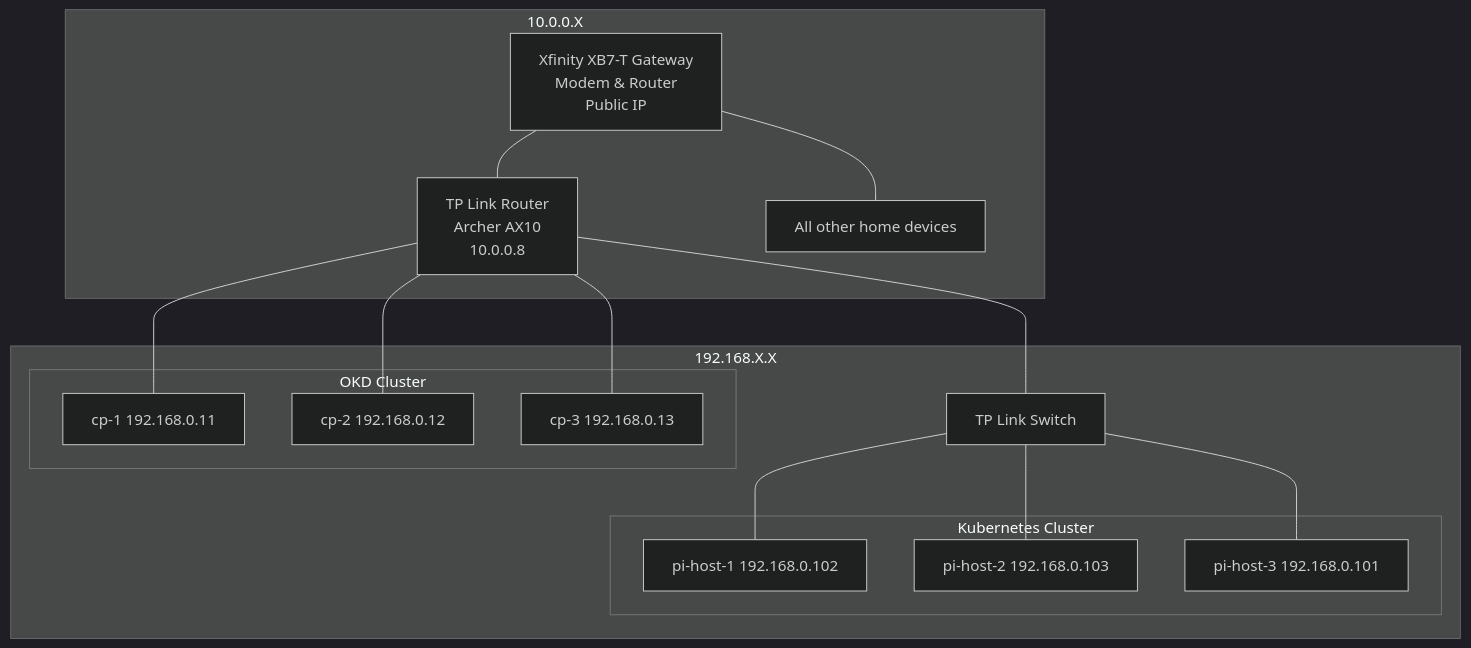
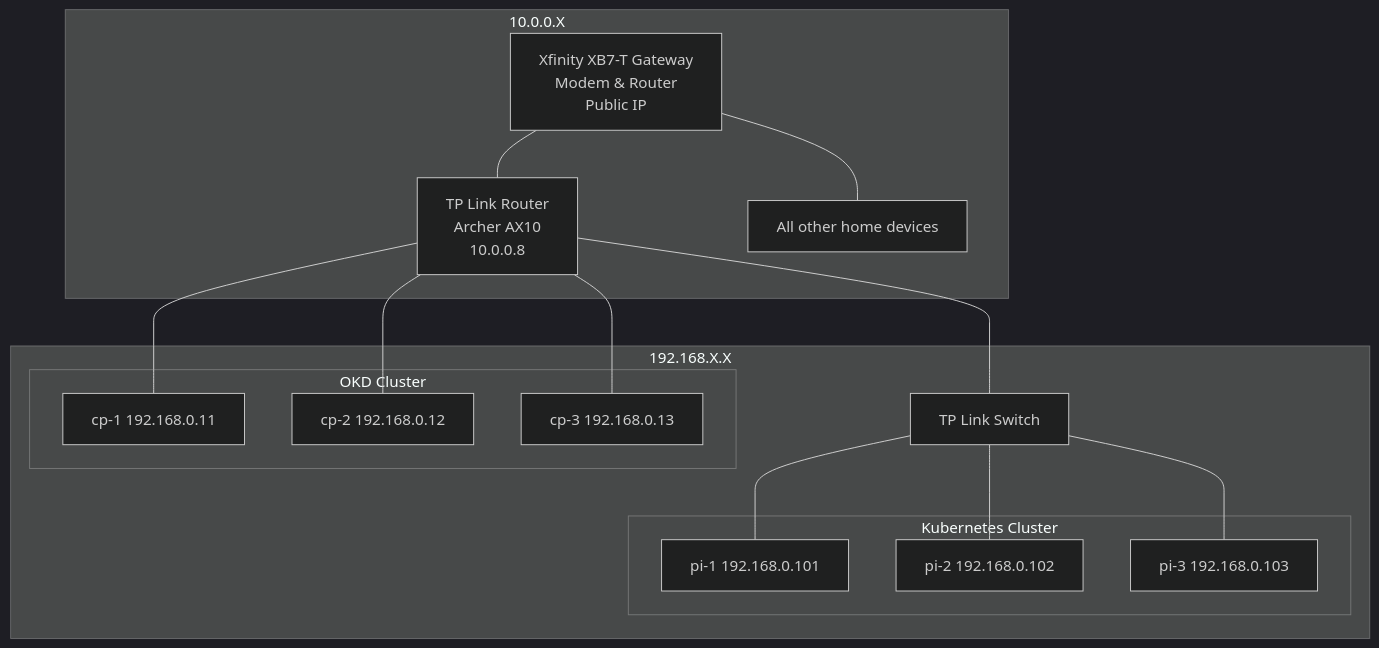
Before and after one commit to jennweir/HomeLab: the diagram in README.md, drawn with Mermaid (dark theme). The commit also changed 8 other files, not shown here.

````diff
--- a/README.md
+++ b/README.md
@@ -3,30 +3,30 @@
 ```mermaid
 graph TD
 subgraph 10.0.0.X
 A[Xfinity XB7-T Gateway<br/>Modem & Router<br/>Public IP]
 A --- B
 A --- J
 J[All other home devices]
 end
 B[TP Link Router <br/>Archer AX10<br/>10.0.0.8]
 B --- C
 B --- D
 B --- E
 B --- F
 subgraph 192.168.X.X
 subgraph OKD Cluster
 C["cp-1 192.168.0.11"]
 D["cp-2 192.168.0.12"]
 E["cp-3 192.168.0.13"]
 end
 F[TP Link Switch]
 subgraph Kubernetes Cluster
-G["pi-host-1 192.168.0.102"]
-H["pi-host-2 192.168.0.103"]
-I["pi-host-3 192.168.0.101"]
+G["pi-1 192.168.0.101"]
+H["pi-2 192.168.0.102"]
+I["pi-3 192.168.0.103"]
 end
 F --- G
 F --- H
 F --- I
 end
 ```
````
